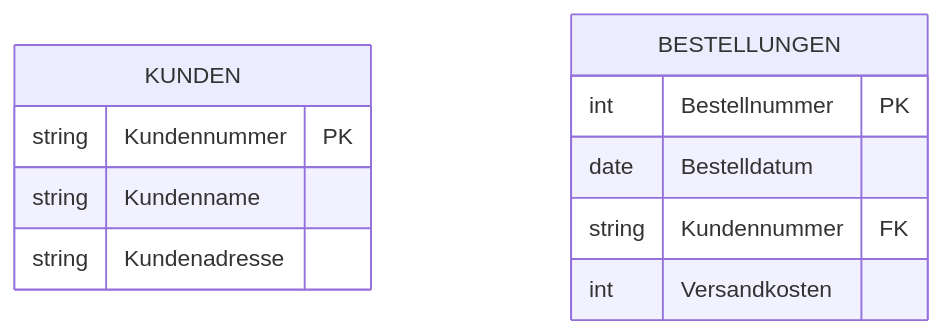
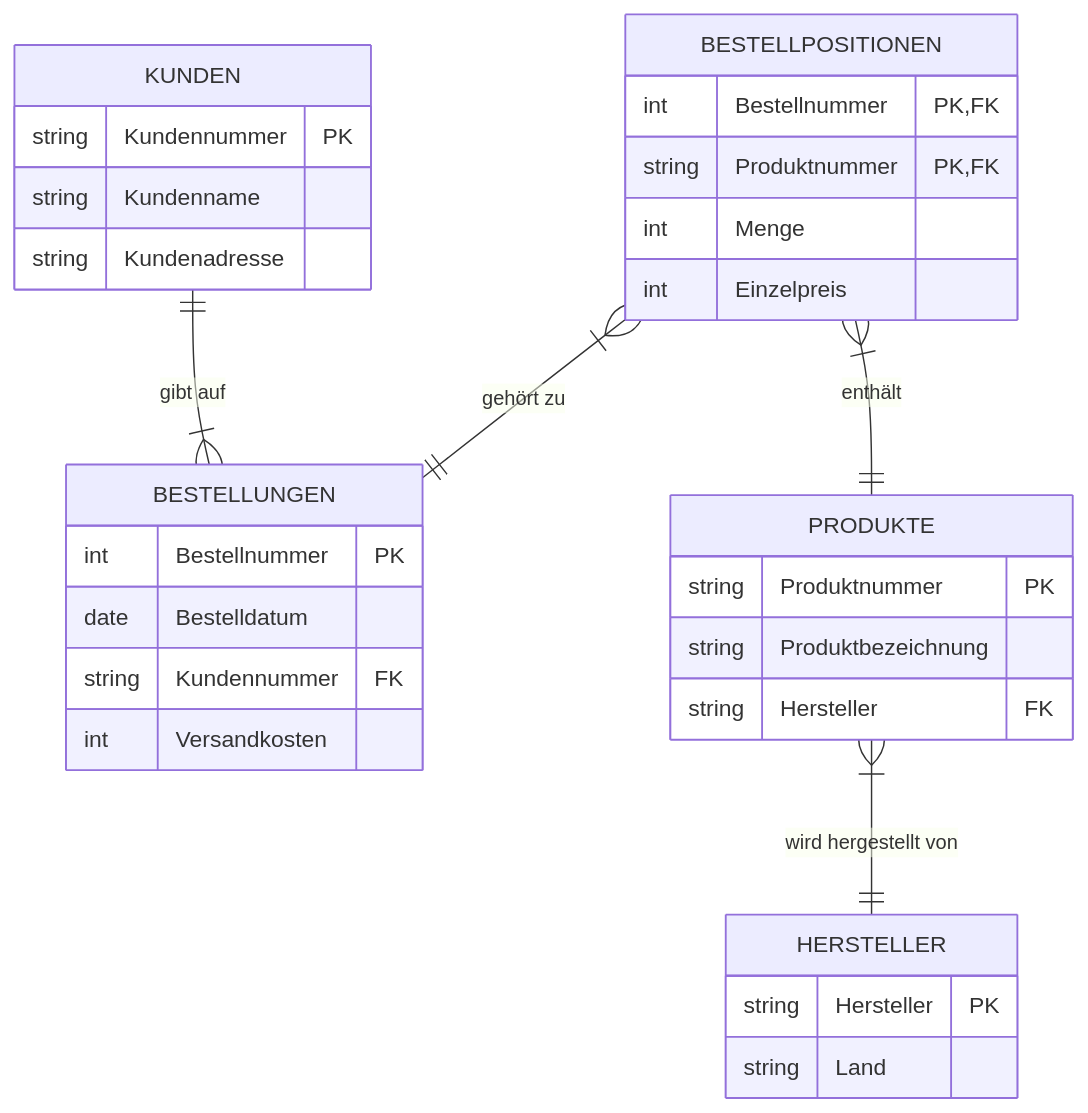
The diagram in aufgabe3_diagramm/diagramm.md (asav-de/normalisierung), drawn with Mermaid before and after one commit. The commit also changed 1 other file, not shown here.

Commit message:
Aufgabe 3: ER-Diagramm vervollständigt (Produkte, Hersteller, Bestellpositionen)

````diff
--- a/aufgabe3_diagramm/diagramm.md
+++ b/aufgabe3_diagramm/diagramm.md
@@ -3,18 +3,35 @@
 ```mermaid
 erDiagram
-    KUNDEN {
-        string Kundennummer PK
-        string Kundenname
-        string Kundenadresse
-    }
     BESTELLUNGEN {
         int Bestellnummer PK
         date Bestelldatum
         string Kundennummer FK
         int Versandkosten
     }
+    KUNDEN {
+        string Kundennummer PK
+        string Kundenname
+        string Kundenadresse
+    }
+    PRODUKTE {
+        string Produktnummer PK
+        string Produktbezeichnung
+        string Hersteller FK
+    }
+    HERSTELLER {
+        string Hersteller PK
+        string Land
+    }
+    BESTELLPOSITIONEN {
+        int Bestellnummer PK, FK
+        string Produktnummer PK, FK
+        int Menge
+        int Einzelpreis
+    }
+
+    KUNDEN ||--|{ BESTELLUNGEN : "gibt auf"
+    PRODUKTE }|--|| HERSTELLER : "wird hergestellt von"
+    BESTELLPOSITIONEN }|--|| PRODUKTE : "enthält" 
+    BESTELLPOSITIONEN }|--|| BESTELLUNGEN : "gehört zu"
     
-
-    %% HERSTELLER, PRODUKTE,
-    %% BESTELLPOSITIONEN 
 ```
````
